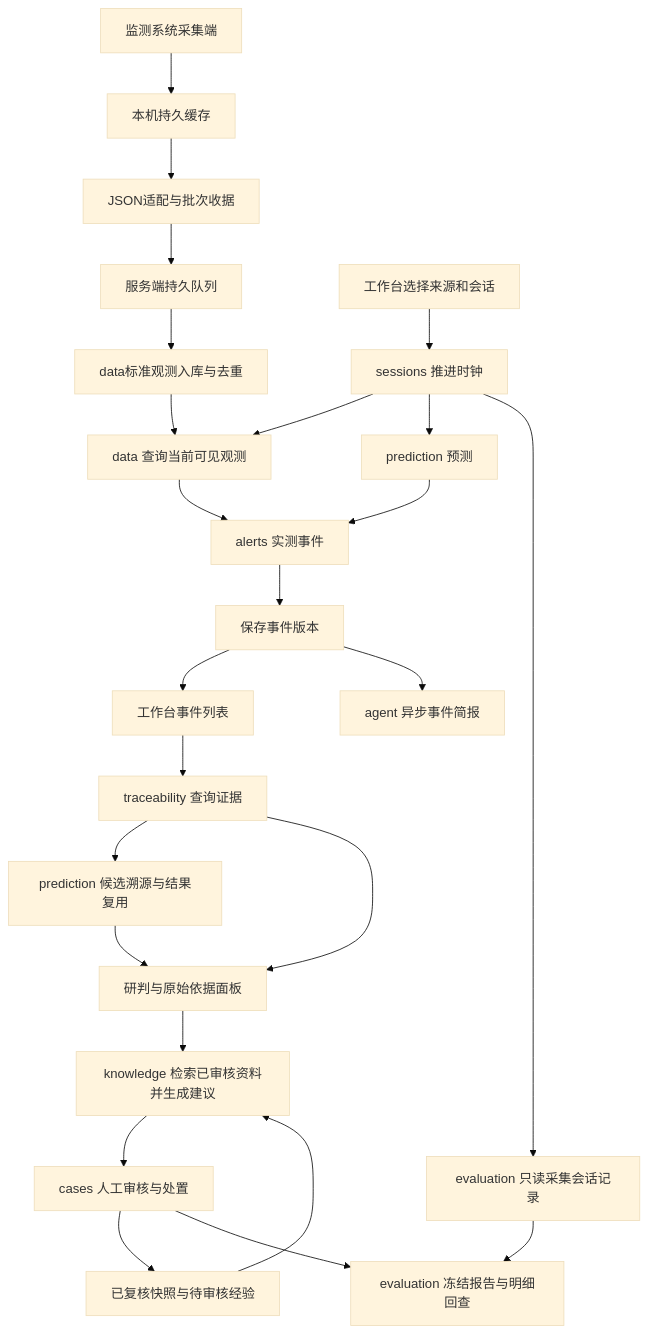
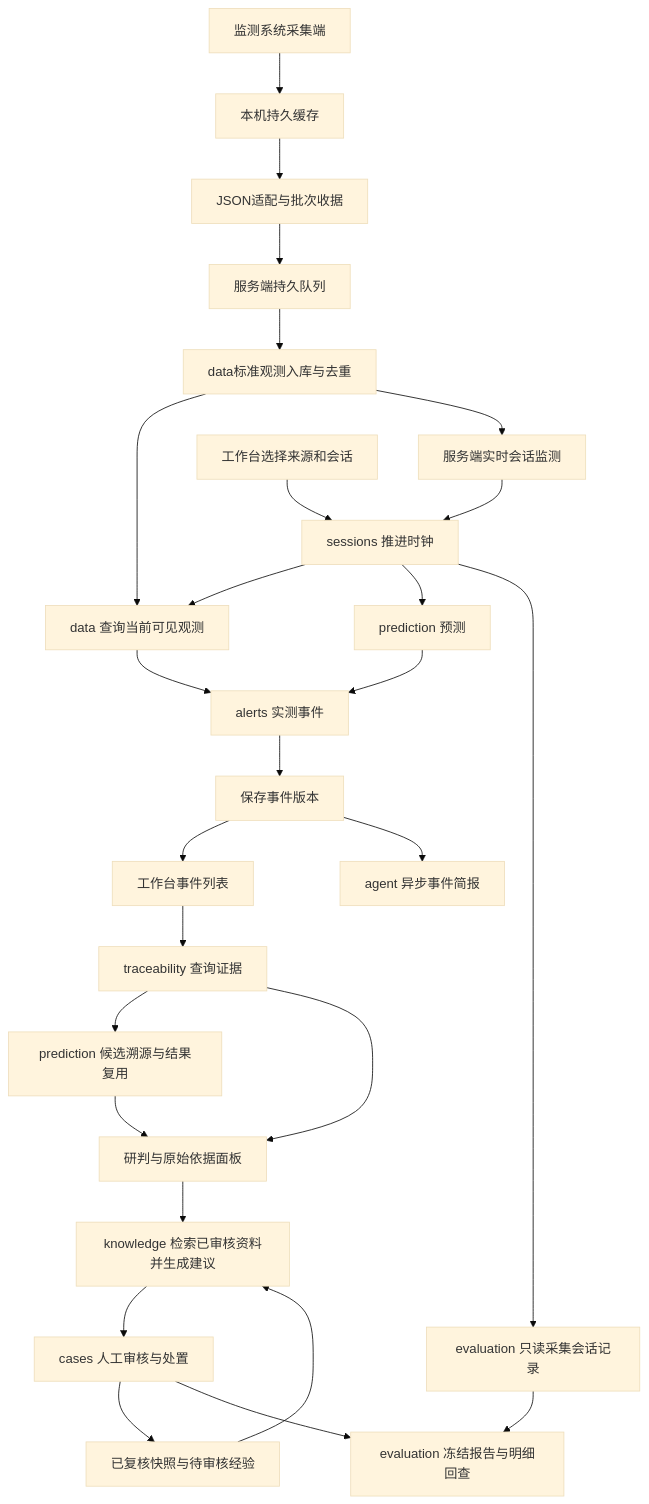
One commit to jiang0209f/coal-mine-gas-risk-agent changed the diagram in docs/module-design-v0.6.md. Above: the diagram before and after it, drawn with Mermaid (base theme). The commit also changed other lines of this file and 35 other files, not shown here.

````diff
--- a/docs/module-design-v0.6.md
+++ b/docs/module-design-v0.6.md
@@ -63,27 +65,29 @@
 ```mermaid
 flowchart TD
   UP[监测系统采集端] --> OB[本机持久缓存]
   OB --> IA[JSON适配与批次收据]
   IA --> IQ[服务端持久队列]
   IQ --> ID[data标准观测入库与去重]
   ID --> D
+  ID --> RT[服务端实时会话监测]
+  RT --> S
   UI[工作台选择来源和会话] --> S[sessions 推进时钟]
   S --> D[data 查询当前可见观测]
   S --> P[prediction 预测]
   D --> A[alerts 实测事件]
   P --> A
   A --> EV[保存事件版本]
   EV --> UI2[工作台事件列表]
   UI2 --> T[traceability 查询证据]
   T --> CA[prediction 候选溯源与结果复用]
   T --> PANEL[研判与原始依据面板]
   CA --> PANEL
   EV --> G[agent 异步事件简报]
   PANEL --> K[knowledge 检索已审核资料并生成建议]
   K --> C[cases 人工审核与处置]
   C --> X[已复核快照与待审核经验]
   X --> K
   S --> EC[evaluation 只读采集会话记录]
   EC --> E[evaluation 冻结报告与明细回查]
   C --> E
 ```
````
